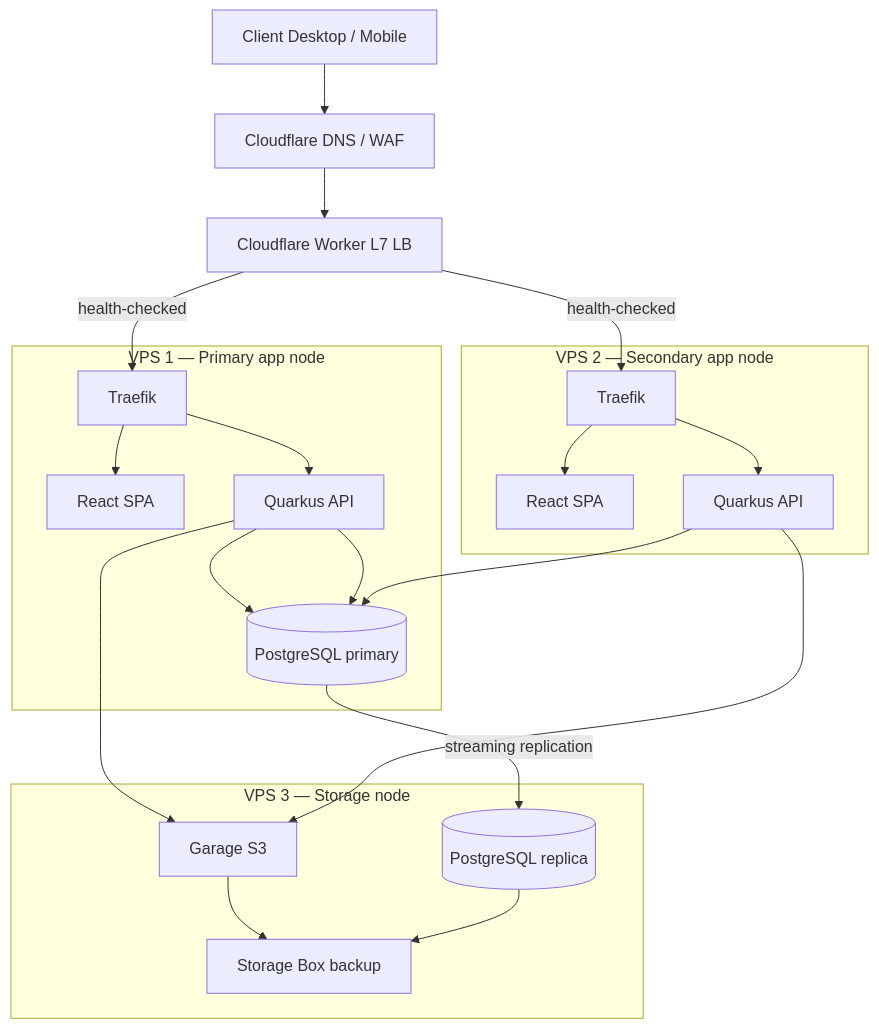
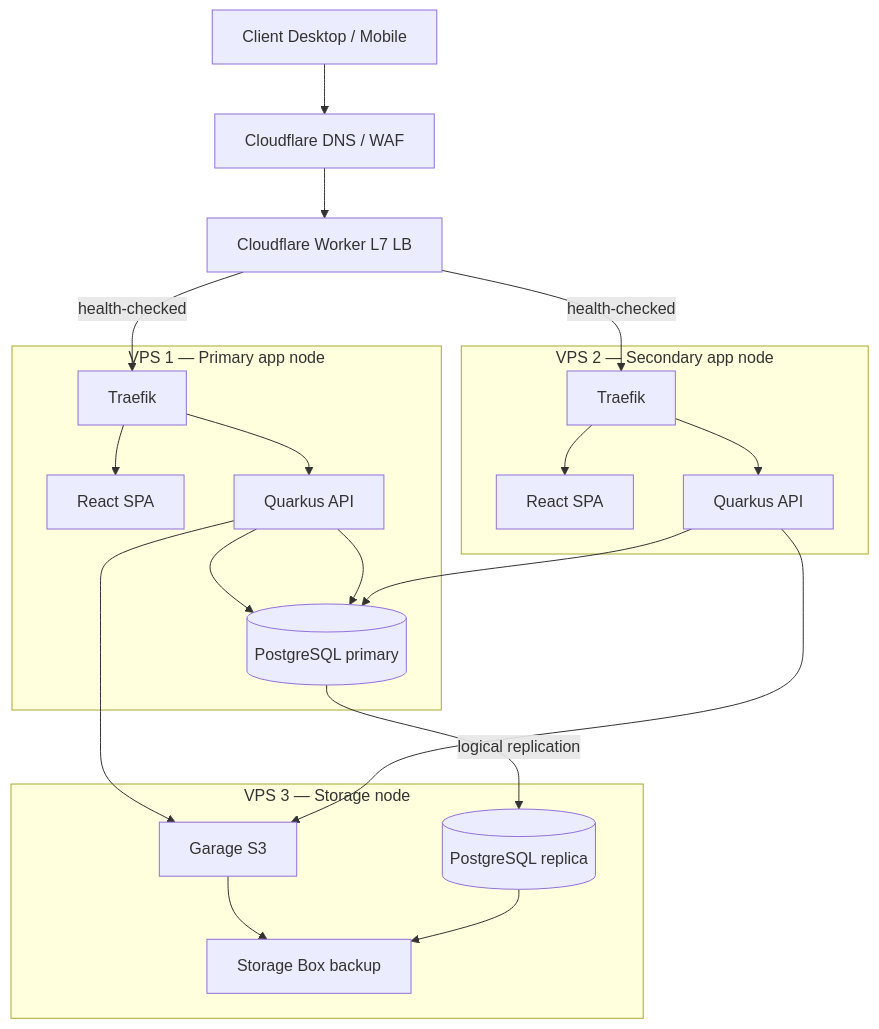
The diagram in docs/DEPLOYMENT_STEP2.md (Voxel07/inventory), drawn with Mermaid before and after one commit. The commit also changed 11 other files, not shown here.

````diff
--- a/docs/DEPLOYMENT_STEP2.md
+++ b/docs/DEPLOYMENT_STEP2.md
@@ -7,39 +7,39 @@
 ```mermaid
 flowchart TD
     User[Client Desktop / Mobile] --> CF[Cloudflare DNS / WAF]
     CF --> CW[Cloudflare Worker L7 LB]
 
     subgraph VPS1 [VPS 1 — Primary app node]
         T1[Traefik]
         FE1[React SPA]
         BE1[Quarkus API]
         DB1[(PostgreSQL primary)]
         T1 --> FE1
         T1 --> BE1
         BE1 --> DB1
     end
 
     subgraph VPS2 [VPS 2 — Secondary app node]
         T2[Traefik]
         FE2[React SPA]
         BE2[Quarkus API]
         T2 --> FE2
         T2 --> BE2
     end
 
     subgraph VPS3 [VPS 3 — Storage node]
         G[Garage S3]
         RP[(PostgreSQL replica)]
         BOX[Storage Box backup]
         G --> BOX
         RP --> BOX
     end
 
     CW -- health-checked --> T1
     CW -- health-checked --> T2
-    DB1 -- streaming replication --> RP
+    DB1 -- logical replication --> RP
     BE1 --> G
     BE2 --> G
     BE1 --> DB1
     BE2 --> DB1
 ```
````
